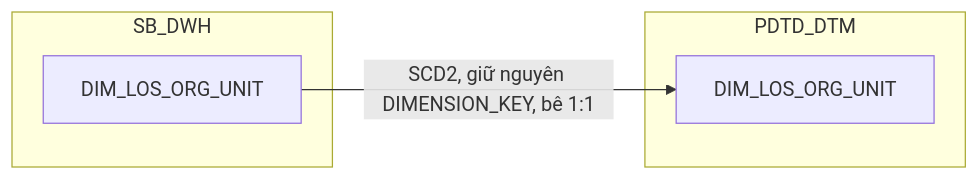
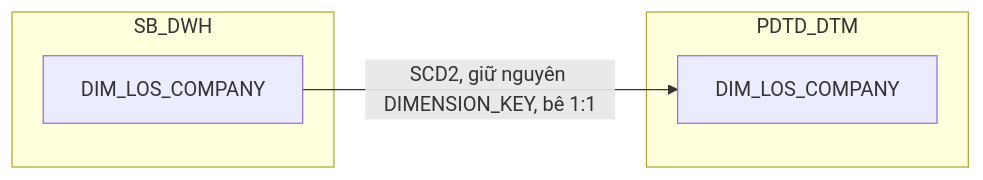
The first of 18 diagrams in hld/hld_review/HLD_DIM_PDTD_DTM_review.md (chien1198/sb-mapping-gen), drawn with Mermaid before and after one commit. The commit also changed other lines of this file and 183 other files, not shown here.

````diff
--- a/hld/hld_review/HLD_DIM_PDTD_DTM_review.md
+++ b/hld/hld_review/HLD_DIM_PDTD_DTM_review.md
@@ -16,10 +17,10 @@
 ```mermaid
 flowchart LR
     subgraph SB_DWH
-        C["DIM_LOS_ORG_UNIT"]
+        C["DIM_LOS_COMPANY"]
     end
     subgraph PDTD_DTM
-        D["DIM_LOS_ORG_UNIT"]
+        D["DIM_LOS_COMPANY"]
     end
     C -->|SCD2, giữ nguyên DIMENSION_KEY, bê 1:1| D
 ```
````
